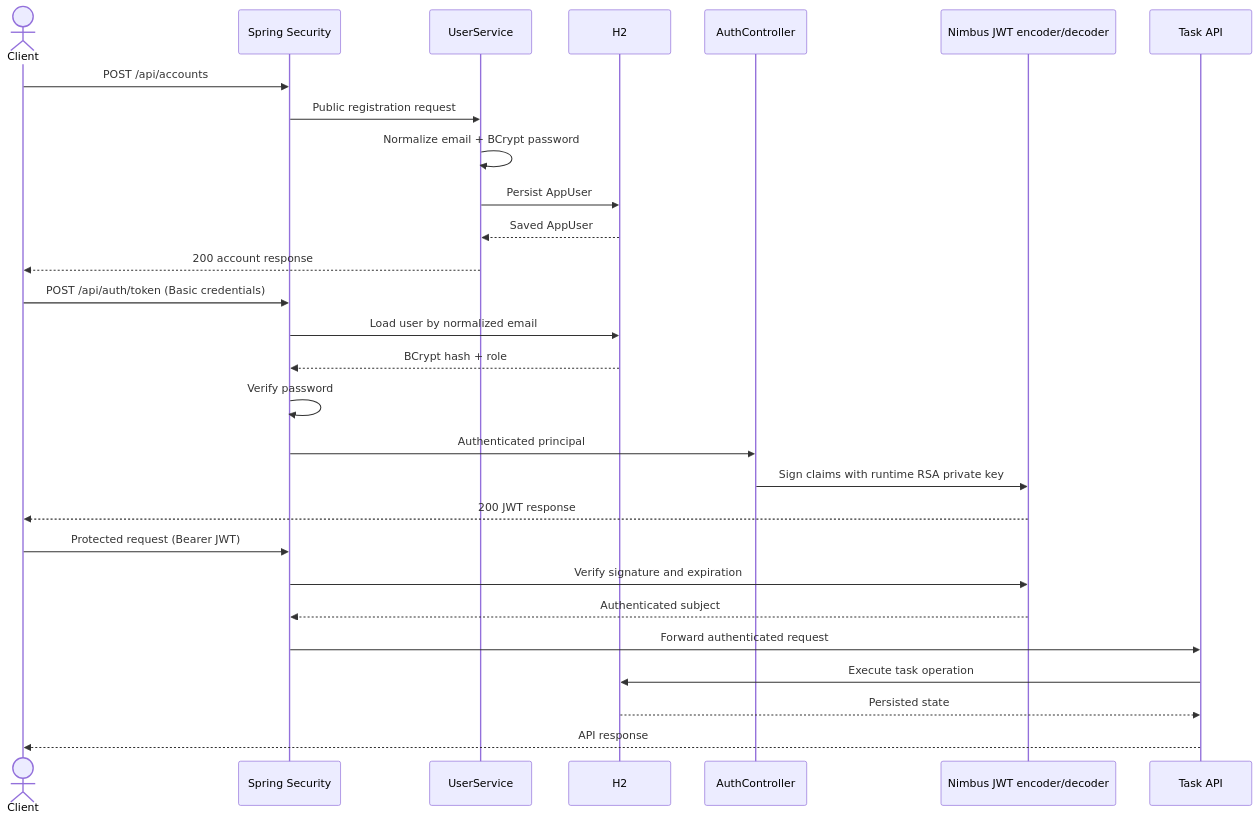
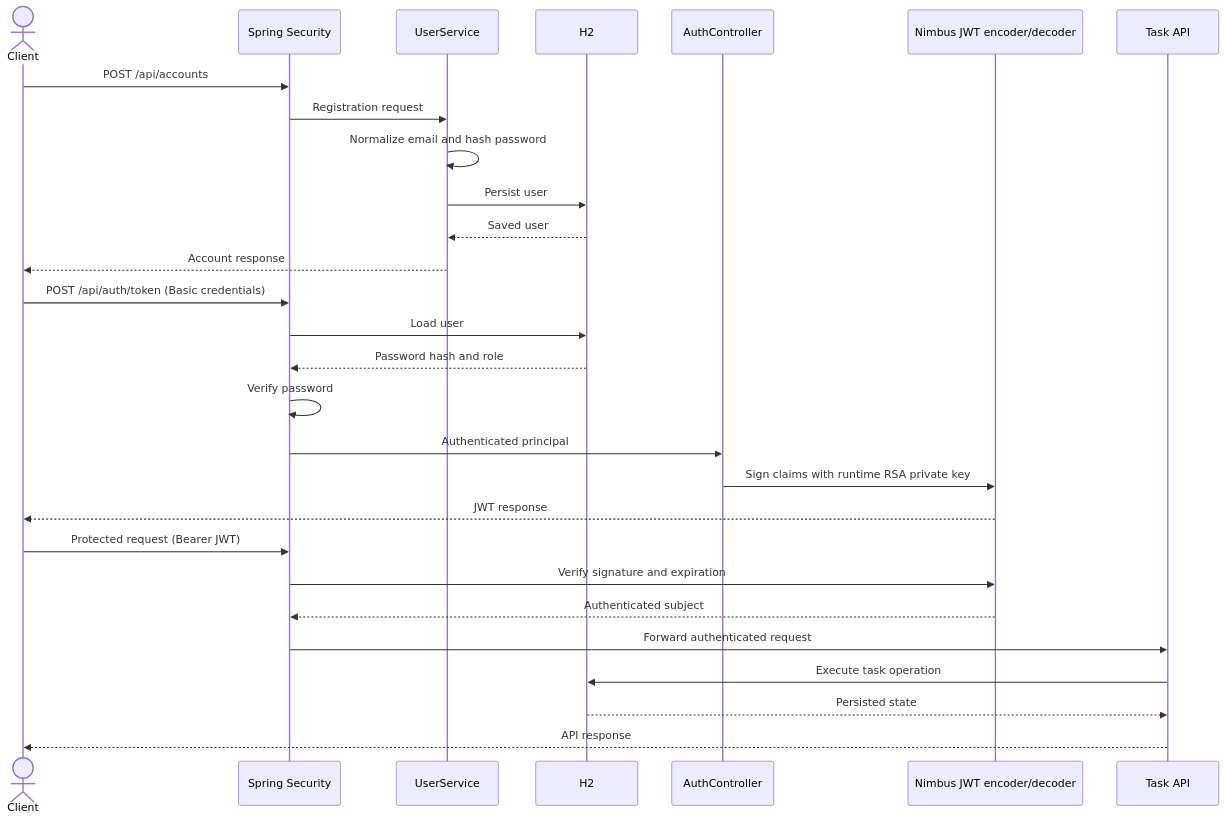
The second of 3 diagrams in README.md (YashM211/Task_Management), drawn with Mermaid before and after one commit. The commit also changed other lines of this file, not shown here.

````diff
--- a/README.md
+++ b/README.md
@@ -93,33 +93,33 @@
-```mermaid
+``` mermaid
 sequenceDiagram
     actor Client
     participant Security as Spring Security
     participant Users as UserService
     participant DB as H2
     participant Auth as AuthController
     participant JWT as Nimbus JWT encoder/decoder
     participant Tasks as Task API
 
     Client->>Security: POST /api/accounts
-    Security->>Users: Public registration request
-    Users->>Users: Normalize email + BCrypt password
-    Users->>DB: Persist AppUser
-    DB-->>Users: Saved AppUser
-    Users-->>Client: 200 account response
+    Security->>Users: Registration request
+    Users->>Users: Normalize email and hash password
+    Users->>DB: Persist user
+    DB-->>Users: Saved user
+    Users-->>Client: Account response
 
     Client->>Security: POST /api/auth/token (Basic credentials)
-    Security->>DB: Load user by normalized email
-    DB-->>Security: BCrypt hash + role
+    Security->>DB: Load user
+    DB-->>Security: Password hash and role
     Security->>Security: Verify password
     Security->>Auth: Authenticated principal
     Auth->>JWT: Sign claims with runtime RSA private key
-    JWT-->>Client: 200 JWT response
+    JWT-->>Client: JWT response
 
     Client->>Security: Protected request (Bearer JWT)
     Security->>JWT: Verify signature and expiration
     JWT-->>Security: Authenticated subject
     Security->>Tasks: Forward authenticated request
     Tasks->>DB: Execute task operation
     DB-->>Tasks: Persisted state
     Tasks-->>Client: API response
 ```
````
